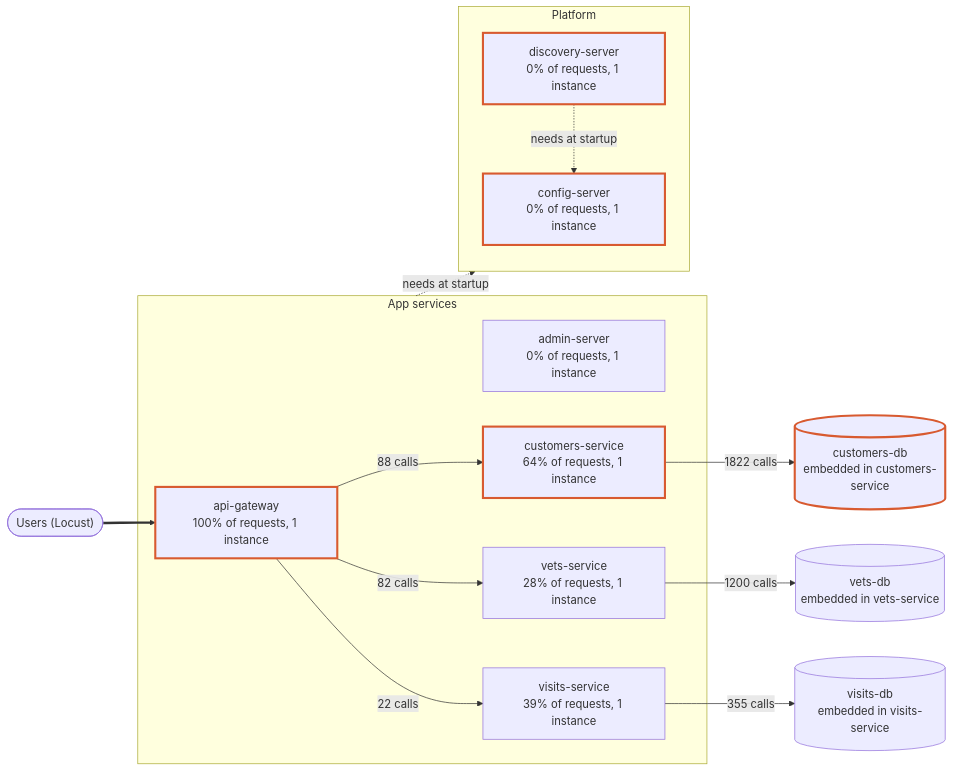
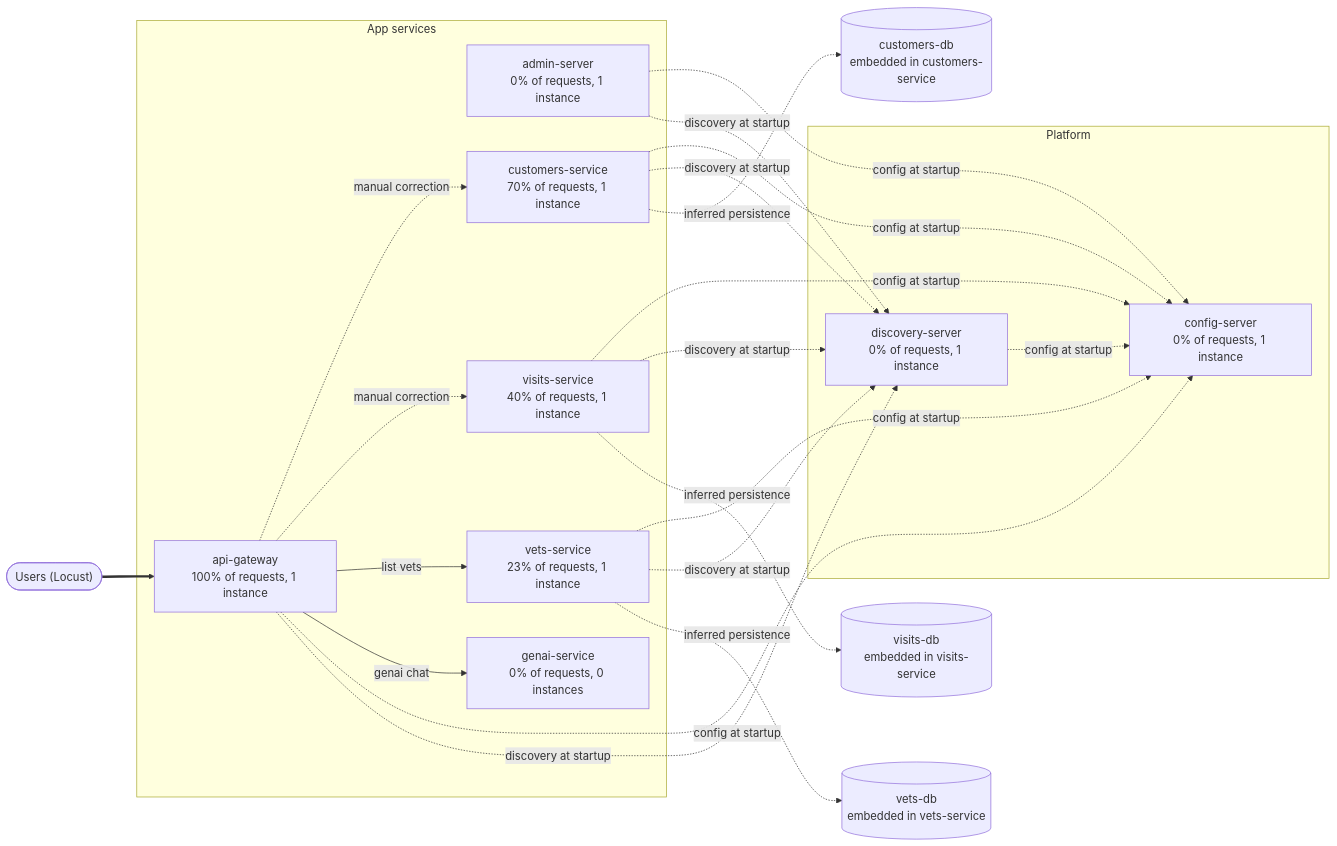
The diagram in reports/dependency-map.md (SinghChinmayy/chaoslab-petclinic), drawn with Mermaid before and after one commit. The commit also changed other lines of this file and 19 other files, not shown here.

````diff
--- a/reports/dependency-map.md
+++ b/reports/dependency-map.md
@@ -5,29 +5,38 @@
 ```mermaid
 flowchart LR
   users(["Users (Locust)"])
   subgraph app["App services"]
     api_gateway["api-gateway<br/>100% of requests, 1 instance"]
     admin_server["admin-server<br/>0% of requests, 1 instance"]
-    customers_service["customers-service<br/>64% of requests, 1 instance"]
-    vets_service["vets-service<br/>28% of requests, 1 instance"]
-    visits_service["visits-service<br/>39% of requests, 1 instance"]
+    customers_service["customers-service<br/>70% of requests, 1 instance"]
+    vets_service["vets-service<br/>23% of requests, 1 instance"]
+    visits_service["visits-service<br/>40% of requests, 1 instance"]
+    genai_service["genai-service<br/>0% of requests, 0 instances"]
   end
   subgraph platform["Platform"]
     config_server["config-server<br/>0% of requests, 1 instance"]
     discovery_server["discovery-server<br/>0% of requests, 1 instance"]
   end
   customers_db[("customers-db<br/>embedded in customers-service")]
+  visits_db[("visits-db<br/>embedded in visits-service")]
   vets_db[("vets-db<br/>embedded in vets-service")]
-  visits_db[("visits-db<br/>embedded in visits-service")]
   users ==> api_gateway
-  api_gateway -->|"88 calls"| customers_service
-  api_gateway -->|"82 calls"| vets_service
-  api_gateway -->|"22 calls"| visits_service
-  customers_service -->|"1822 calls"| customers_db
-  vets_service -->|"1200 calls"| vets_db
-  visits_service -->|"355 calls"| visits_db
-  discovery_server -.->|"needs at startup"| config_server
-  app -.->|"needs at startup"| platform
-  classDef critical stroke:#D85A30,stroke-width:3px
-  class api_gateway,config_server,customers_service,discovery_server,customers_db critical
+  api_gateway -.->|"manual correction"| customers_service
+  api_gateway -.->|"manual correction"| visits_service
+  api_gateway -->|"list vets"| vets_service
+  api_gateway -->|"genai chat"| genai_service
+  discovery_server -.->|"config at startup"| config_server
+  customers_service -.->|"config at startup"| config_server
+  visits_service -.->|"config at startup"| config_server
+  vets_service -.->|"config at startup"| config_server
+  api_gateway -.->|"config at startup"| config_server
+  admin_server -.->|"config at startup"| config_server
+  customers_service -.->|"discovery at startup"| discovery_server
+  visits_service -.->|"discovery at startup"| discovery_server
+  vets_service -.->|"discovery at startup"| discovery_server
+  api_gateway -.->|"discovery at startup"| discovery_server
+  admin_server -.->|"discovery at startup"| discovery_server
+  customers_service -.->|"inferred persistence"| customers_db
+  visits_service -.->|"inferred persistence"| visits_db
+  vets_service -.->|"inferred persistence"| vets_db
 ```
````
